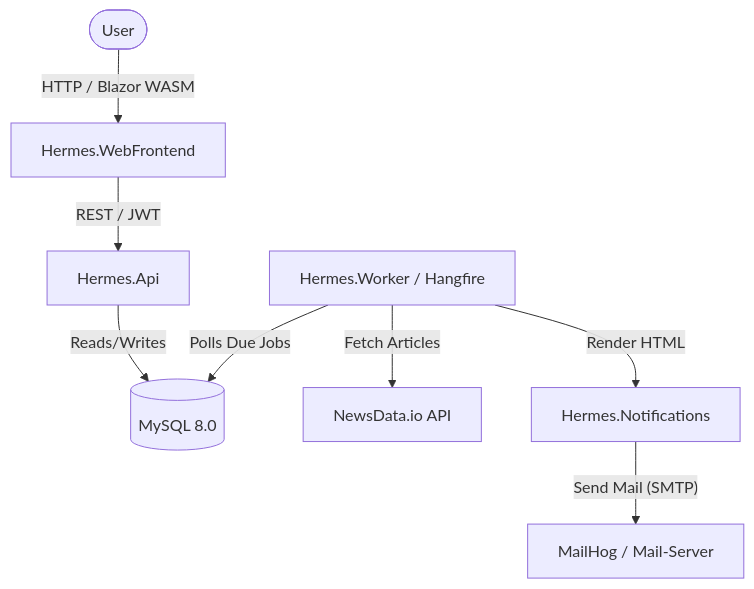
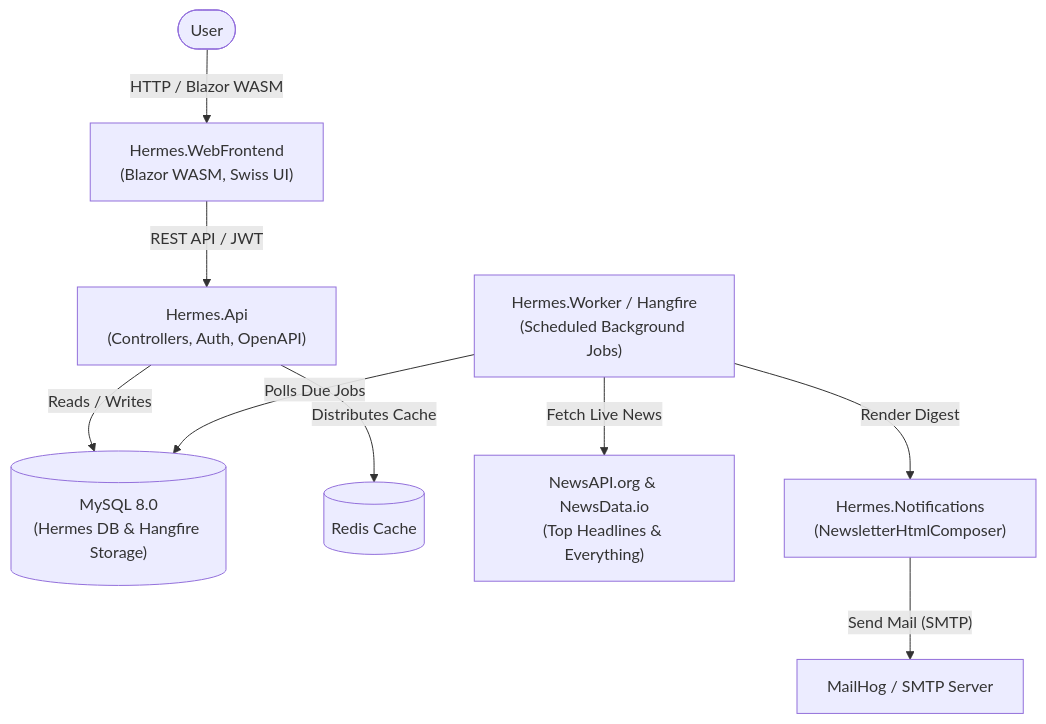
One commit to meelinaa/Hermes changed the diagram in README.md. Above: the diagram before and after it, drawn with Mermaid. The commit also changed other lines of this file, not shown here.

````diff
--- a/README.md
+++ b/README.md
@@ -38,12 +40,13 @@
 ```mermaid
 flowchart TD
-    User(["User"]) -->|"HTTP / Blazor WASM"| Web["Hermes.WebFrontend"]
-    Web -->|"REST / JWT"| API["Hermes.Api"]
+    User(["User"]) -->|"HTTP / Blazor WASM"| Web["Hermes.WebFrontend\n(Blazor WASM, Swiss UI)"]
+    Web -->|"REST API / JWT"| API["Hermes.Api\n(Controllers, Auth, OpenAPI)"]
     
-    API -->|"Reads/Writes"| DB[("MySQL 8.0")]
-    Worker["Hermes.Worker / Hangfire"] -->|"Polls Due Jobs"| DB
+    API -->|"Reads / Writes"| DB[("MySQL 8.0\n(Hermes DB & Hangfire Storage)")]
+    API -->|"Distributes Cache"| Redis[("Redis Cache")]
     
-    Worker -->|"Fetch Articles"| API_Ext["NewsData.io API"]
-    Worker -->|"Render HTML"| Notif["Hermes.Notifications"]
-    Notif -->|"Send Mail (SMTP)"| MailHog["MailHog / Mail-Server"]
+    Worker["Hermes.Worker / Hangfire\n(Scheduled Background Jobs)"] -->|"Polls Due Jobs"| DB
+    Worker -->|"Fetch Live News"| NewsAPI["NewsAPI.org & NewsData.io\n(Top Headlines & Everything)"]
+    Worker -->|"Render Digest"| Notif["Hermes.Notifications\n(NewsletterHtmlComposer)"]
+    Notif -->|"Send Mail (SMTP)"| MailHog["MailHog / SMTP Server"]
 ```
````
